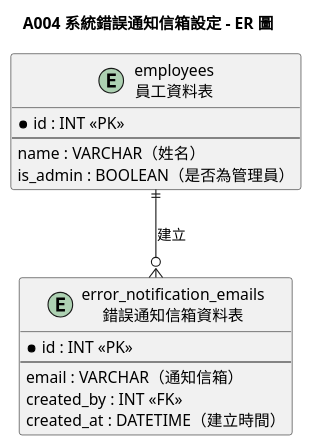
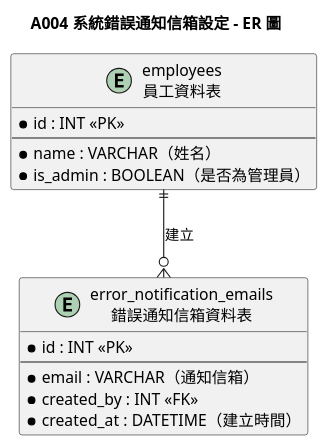
The diagram in output/A004/A004-er.puml (teyhawzhe/bento-uml), drawn with PlantUML before and after one commit. The commit also changed 8 other files, not shown here.

```diff
--- a/output/A004/A004-er.puml
+++ b/output/A004/A004-er.puml
@@ -1,22 +1,22 @@
 @startuml A004-er
 
 title A004 系統錯誤通知信箱設定 - ER 圖
 
 entity "employees\n員工資料表" as employees {
   * id : INT <<PK>>
   --
-  name : VARCHAR（姓名）
-  is_admin : BOOLEAN（是否為管理員）
+  * name : VARCHAR（姓名）
+  * is_admin : BOOLEAN（是否為管理員）
 }
 
 entity "error_notification_emails\n錯誤通知信箱資料表" as error_notification_emails {
   * id : INT <<PK>>
   --
-  email : VARCHAR（通知信箱）
-  created_by : INT <<FK>>
-  created_at : DATETIME（建立時間）
+  * email : VARCHAR（通知信箱）
+  * created_by : INT <<FK>>
+  * created_at : DATETIME（建立時間）
 }
 
 employees ||--o{ error_notification_emails : "建立"
 
 @enduml
```
